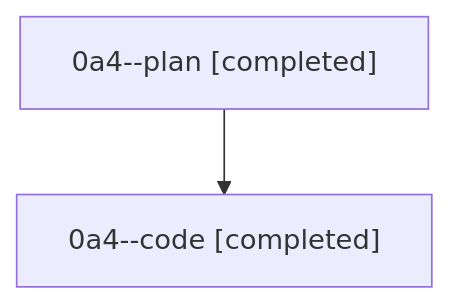
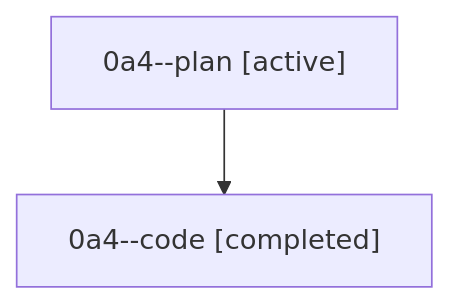
The diagram in families/bbugyi200.athena.0a4.md (sase-org/sase--agents), drawn with Mermaid before and after one commit. The commit also changed other lines of this file and 35830 other files, not shown here.

````diff
--- a/families/bbugyi200.athena.0a4.md
+++ b/families/bbugyi200.athena.0a4.md
@@ -9,6 +9,6 @@
 ```mermaid
 flowchart TD
-  n0["0a4--plan [completed]"]
+  n0["0a4--plan [active]"]
   n1["0a4--code [completed]"]
   n0 --> n1
 ```
````
